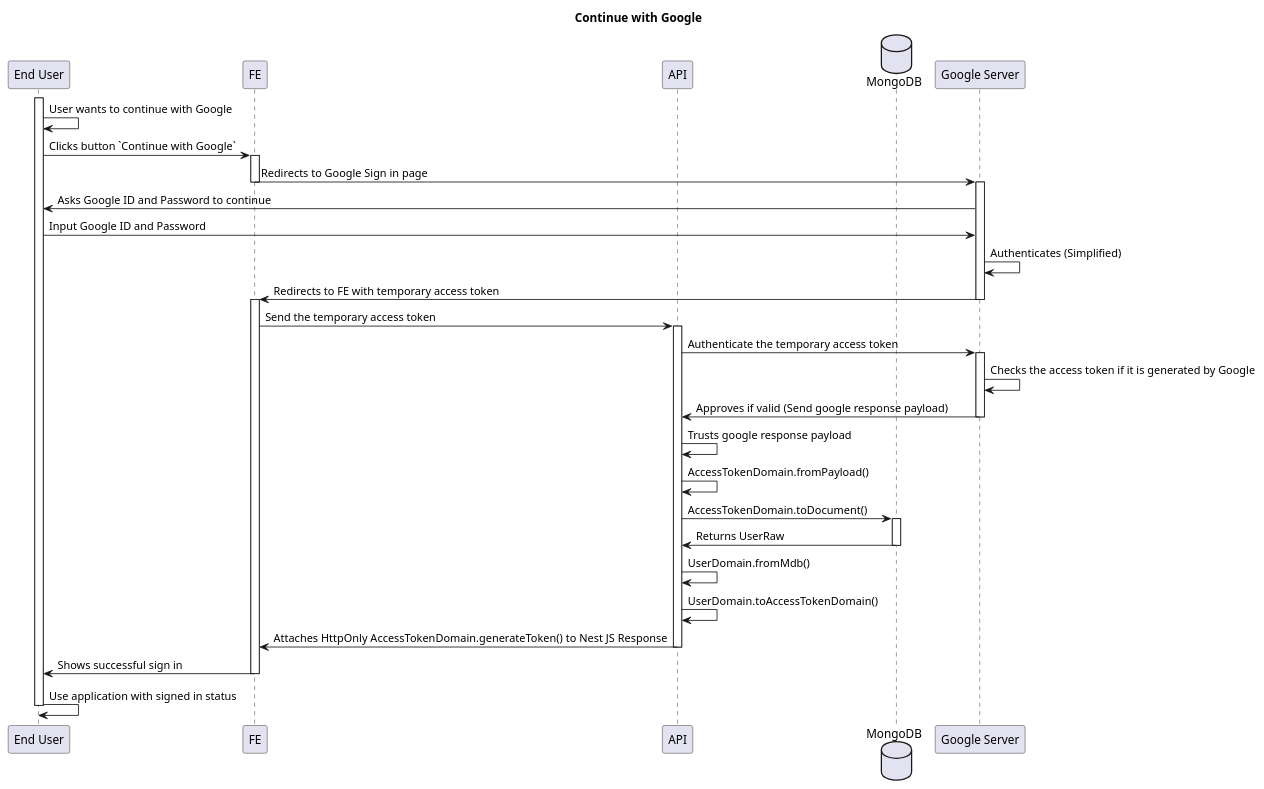
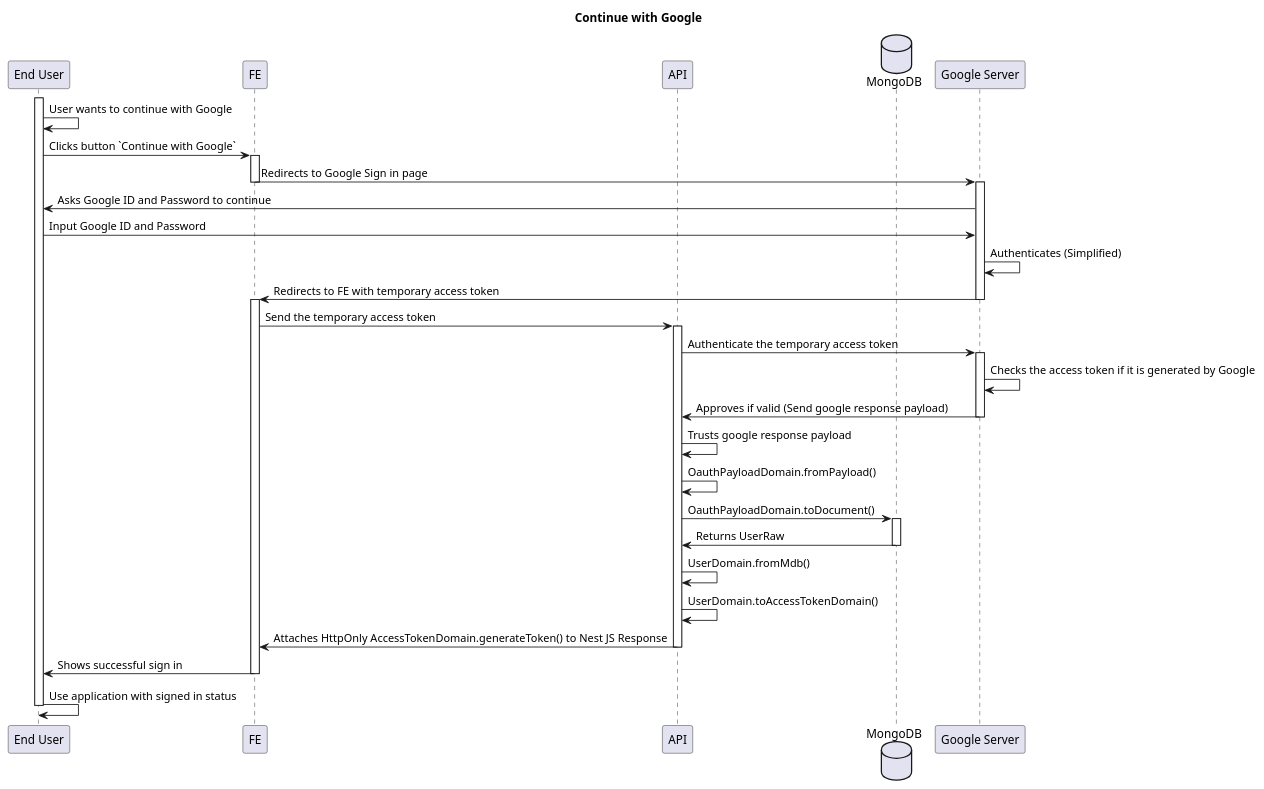
One commit to ajktown/docs changed the diagram in auth/auth-flow.md. Above: the diagram before and after it, drawn with PlantUML.

Commit message:
fix: flow with OauthPayloadDomain

````diff
--- a/auth/auth-flow.md
+++ b/auth/auth-flow.md
@@ -14,49 +14,49 @@
 ```plantuml
 
 @startuml
 
 title Continue with Google
 
 participant "End User" as user
 participant "FE" as fe
 participant "API" as api
 database "MongoDB" as db
 participant "Google Server" as google
 
 activate user
   user -> user: User wants to continue with Google
   user -> fe: Clicks button `Continue with Google`
   activate fe
     fe -> google: Redirects to Google Sign in page
   deactivate fe
   activate google
     user <- google: Asks Google ID and Password to continue
     user -> google: Input Google ID and Password
     google -> google: Authenticates (Simplified)
     fe <- google: Redirects to FE with temporary access token
   deactivate google
   activate fe
     fe -> api: Send the temporary access token
     activate api
       api -> google: Authenticate the temporary access token
       activate google
         google -> google: Checks the access token if it is generated by Google
         api <- google: Approves if valid (Send google response payload)
       deactivate google
       api -> api: Trusts google response payload
-      api -> api: AccessTokenDomain.fromPayload()
-      api -> db: AccessTokenDomain.toDocument()
+      api -> api: OauthPayloadDomain.fromPayload()
+      api -> db: OauthPayloadDomain.toDocument()
       activate db
         api <- db: Returns UserRaw
       deactivate db
       api -> api: UserDomain.fromMdb()
       api -> api: UserDomain.toAccessTokenDomain()
       fe <- api: Attaches HttpOnly AccessTokenDomain.generateToken() to Nest JS Response
     deactivate api
     user <- fe: Shows successful sign in
   deactivate fe
   user -> user: Use application with signed in status
 deactivate user
 
 
 ```
````
